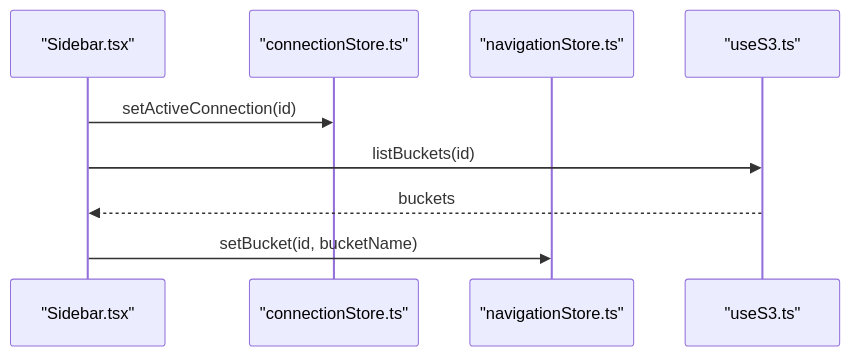
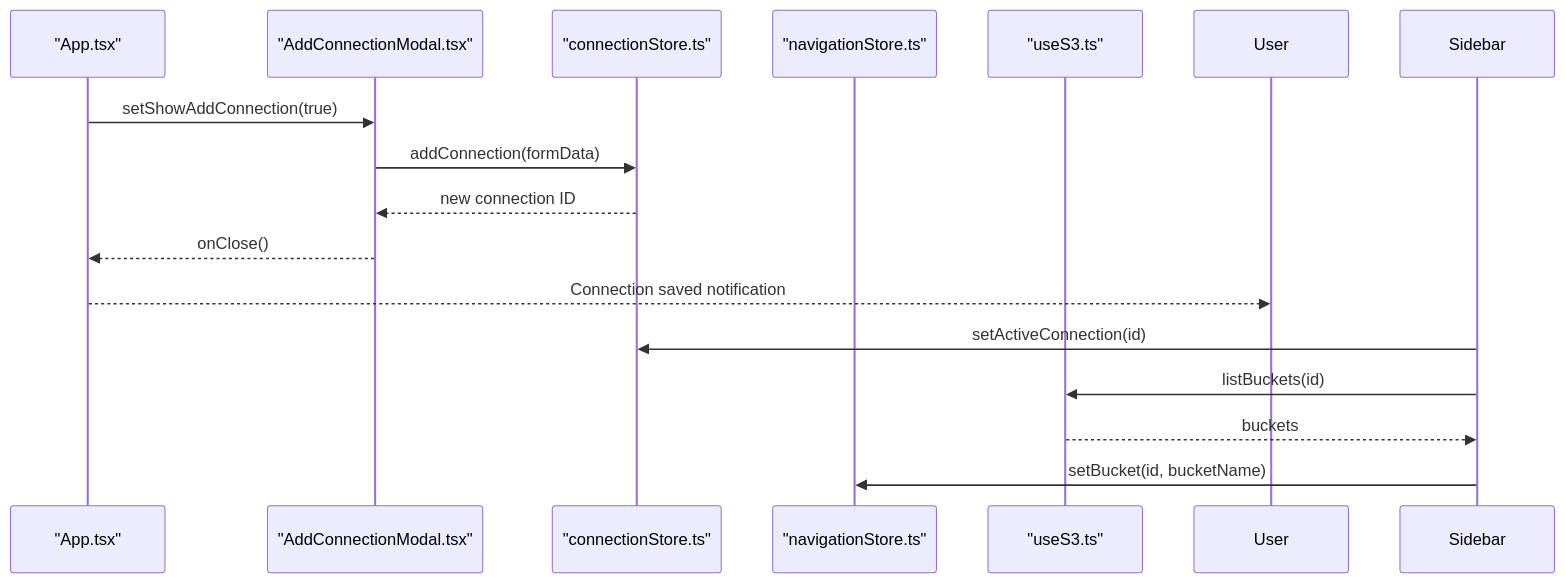
The sixth of 7 diagrams in .qoder/repowiki/en/content/Core Features/Connection Management.md (nasrulhadi/s3-explorer), drawn with Mermaid before and after one commit. The commit also changed other lines of this file and 44 other files, not shown here.

First line of the commit message:
feat(ui): introduce comprehensive UI component system with TransferPanel and AddConnectionModal

````diff
--- a/.qoder/repowiki/en/content/Core Features/Connection Management.md
+++ b/.qoder/repowiki/en/content/Core Features/Connection Management.md
@@ -245,11 +322,17 @@
 ```mermaid
 sequenceDiagram
-participant Sidebar as "Sidebar.tsx"
+participant App as "App.tsx"
+participant AddModal as "AddConnectionModal.tsx"
 participant ConnStore as "connectionStore.ts"
 participant NavStore as "navigationStore.ts"
 participant UseS3 as "useS3.ts"
+App->>AddModal : setShowAddConnection(true)
+AddModal->>ConnStore : addConnection(formData)
+ConnStore-->>AddModal : new connection ID
+AddModal-->>App : onClose()
+App-->>User : Connection saved notification
 Sidebar->>ConnStore : setActiveConnection(id)
 Sidebar->>UseS3 : listBuckets(id)
 UseS3-->>Sidebar : buckets
 Sidebar->>NavStore : setBucket(id, bucketName)
 ```
````
